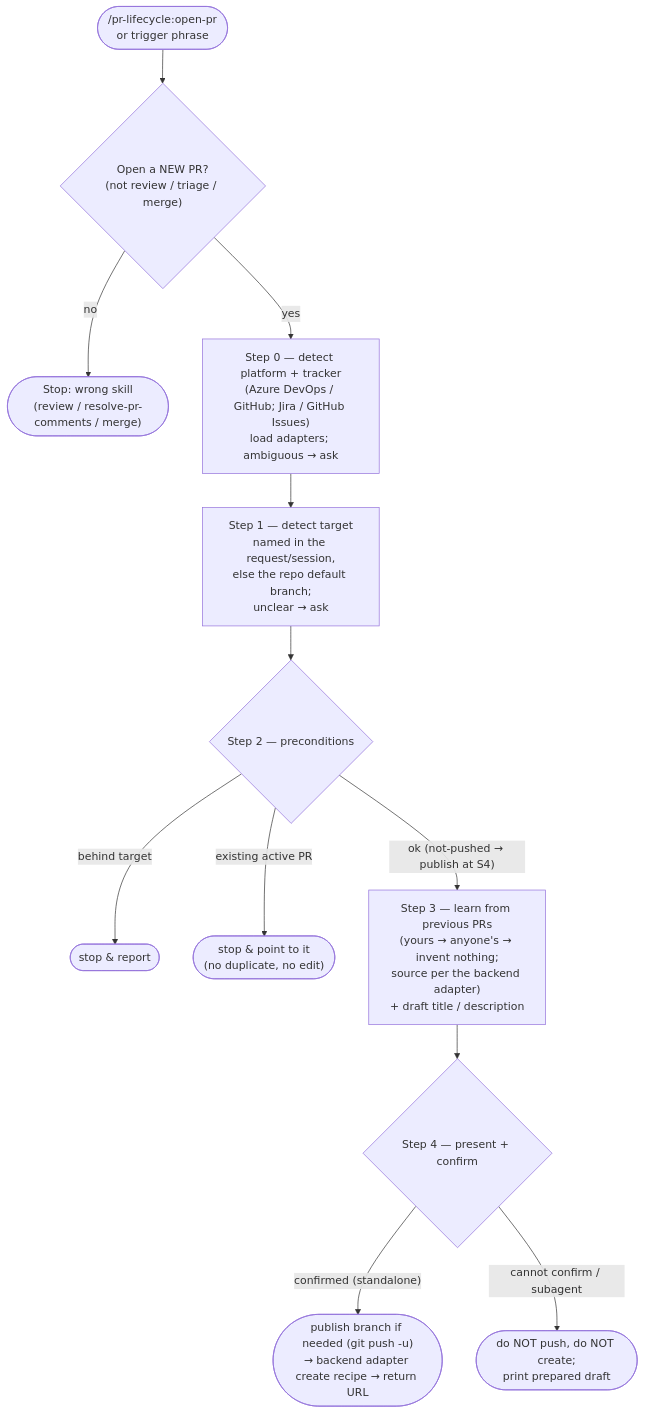
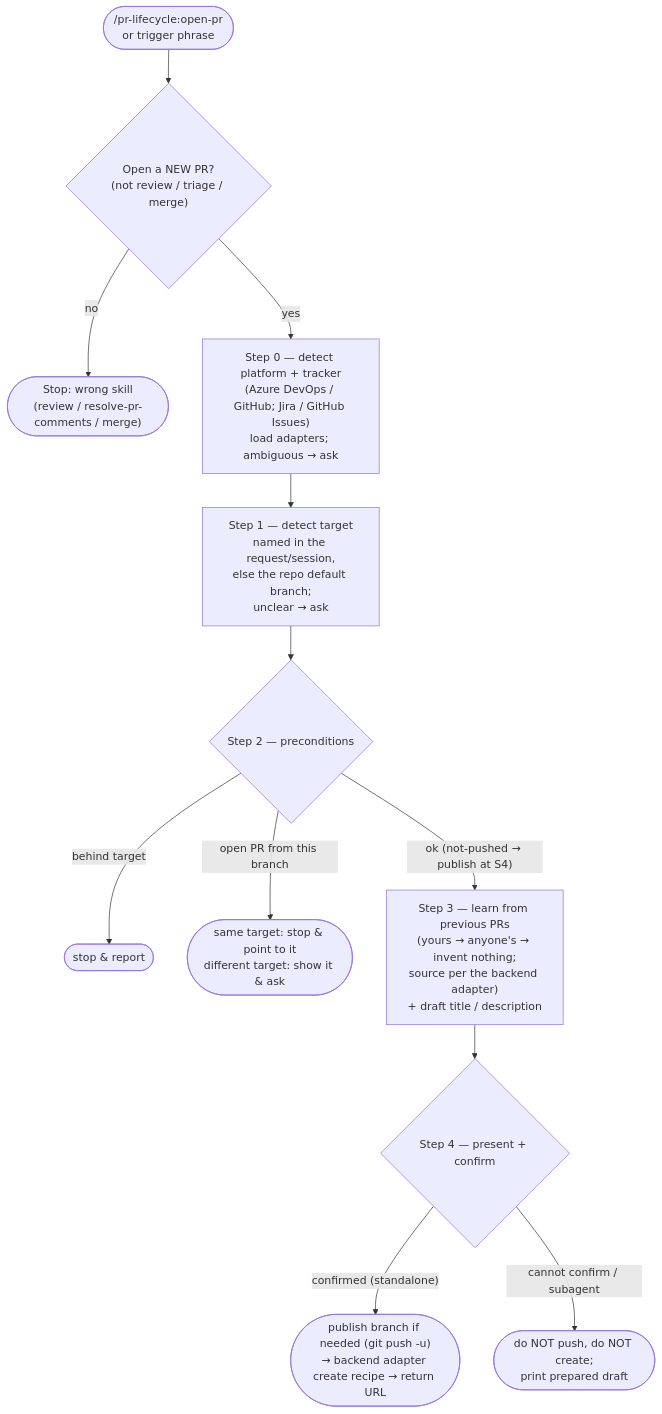
The diagram in plugins/pr-lifecycle/skills/open-pr/README.md (softwareone-platform/issue-to-pr), drawn with Mermaid before and after one commit. The commit also changed other lines of this file and 2 other files, not shown here.

````diff
--- a/plugins/pr-lifecycle/skills/open-pr/README.md
+++ b/plugins/pr-lifecycle/skills/open-pr/README.md
@@ -18,14 +18,14 @@
 ```mermaid
 flowchart TD
     T(["/pr-lifecycle:open-pr<br>or trigger phrase"]) --> G{"Open a NEW PR?<br>(not review / triage / merge)"}
     G -- "no" --> STOP(["Stop: wrong skill<br>(review / resolve-pr-comments / merge)"])
     G -- "yes" --> S0["Step 0 — detect platform + tracker<br>(Azure DevOps / GitHub; Jira / GitHub Issues)<br>load adapters; ambiguous → ask"]
     S0 --> S1["Step 1 — detect target<br>named in the request/session,<br>else the repo default branch;<br>unclear → ask"]
     S1 --> S2{"Step 2 — preconditions"}
     S2 -- "behind target" --> X1(["stop & report"])
-    S2 -- "existing active PR" --> X2(["stop & point to it<br>(no duplicate, no edit)"])
+    S2 -- "open PR from this branch" --> X2(["same target: stop & point to it<br>different target: show it & ask"])
     S2 -- "ok (not-pushed → publish at S4)" --> S3["Step 3 — learn from previous PRs<br>(yours → anyone's → invent nothing;<br>source per the backend adapter)<br>+ draft title / description"]
     S3 --> S4{"Step 4 — present + confirm"}
     S4 -- "confirmed (standalone)" --> C(["publish branch if needed (git push -u)<br>→ backend adapter create recipe → return URL"])
     S4 -- "cannot confirm / subagent" --> P(["do NOT push, do NOT create;<br>print prepared draft"])
 ```
````
